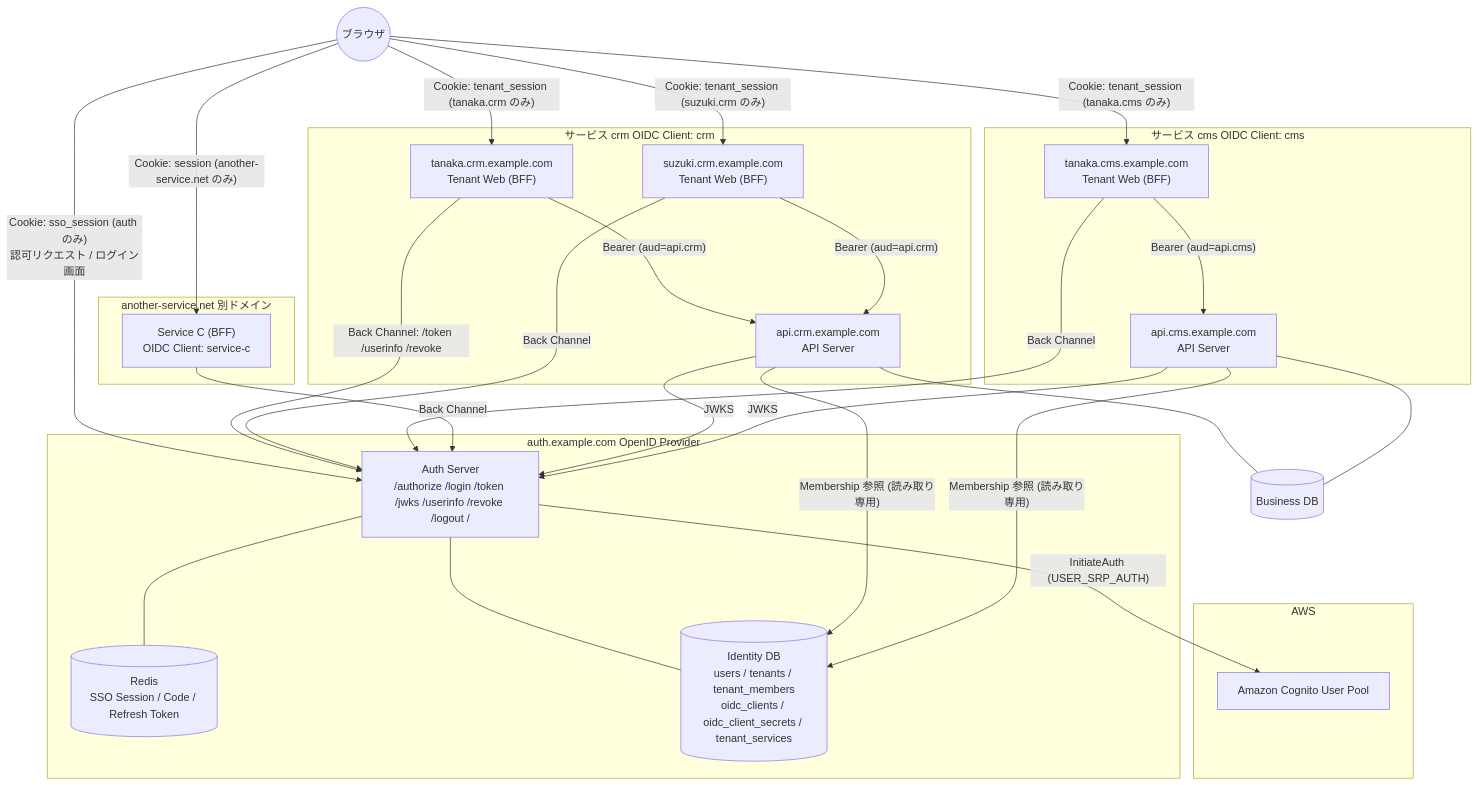
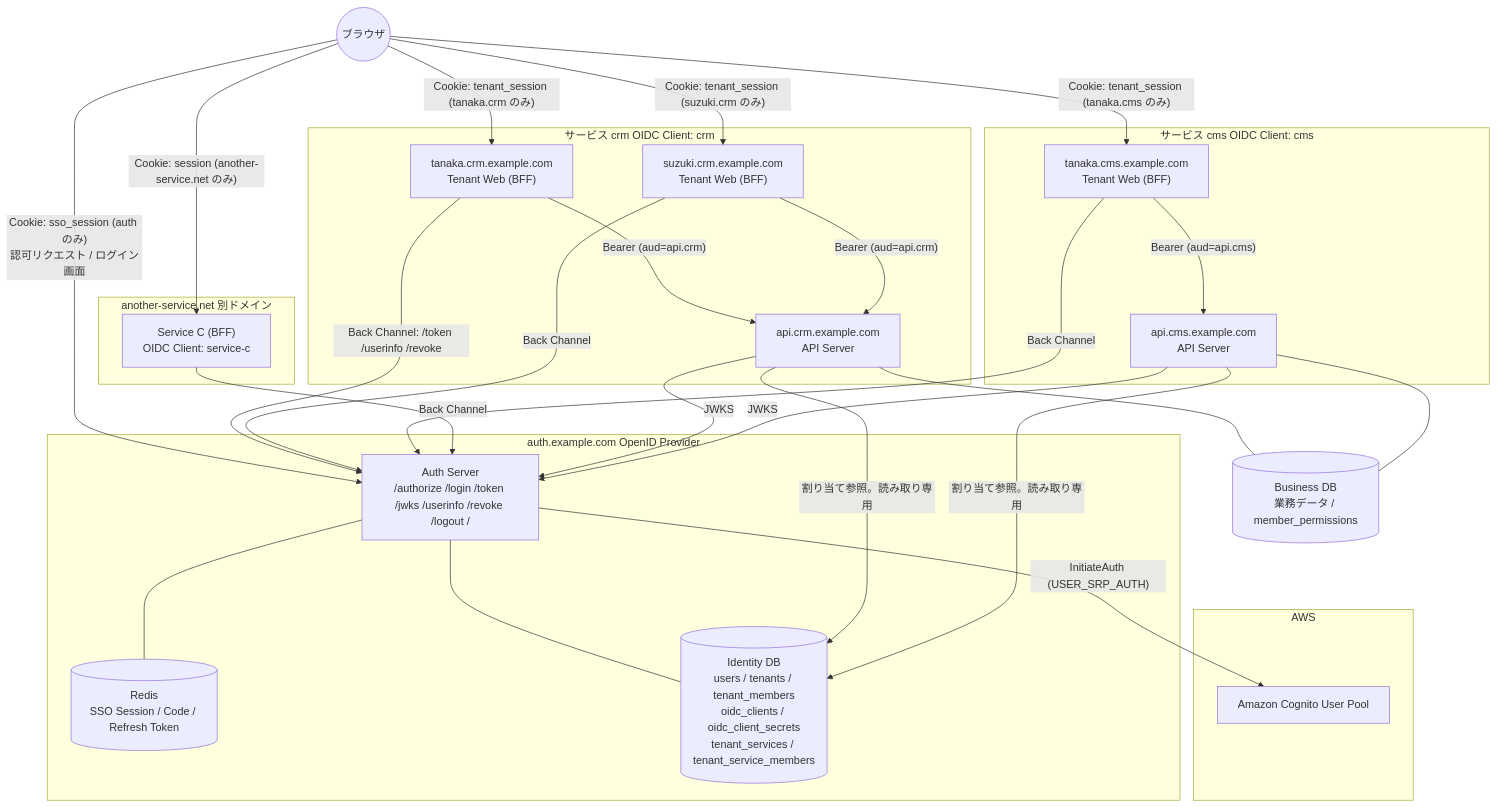
The first of 10 diagrams in docs/integration-guide.md (daisuke-tanabe/multi-domain-sandbox), drawn with Mermaid before and after one commit. The commit also changed other lines of this file and 48 other files, not shown here.

````diff
--- a/docs/integration-guide.md
+++ b/docs/integration-guide.md
@@ -72,50 +75,50 @@
 ```mermaid
 flowchart TB
     User((ブラウザ))
 
     subgraph AWS
         Cognito["Amazon Cognito User Pool"]
     end
 
     subgraph AuthLayer ["auth.example.com  OpenID Provider"]
         Auth["Auth Server<br/>/authorize /login /token /jwks /userinfo /revoke /logout /"]
         SsoStore[("Redis<br/>SSO Session / Code / Refresh Token")]
-        IdDB[("Identity DB<br/>users / tenants / tenant_members<br/>oidc_clients / oidc_client_secrets / tenant_services")]
+        IdDB[("Identity DB<br/>users / tenants / tenant_members<br/>oidc_clients / oidc_client_secrets<br/>tenant_services / tenant_service_members")]
         Auth --- SsoStore
         Auth --- IdDB
     end
 
     subgraph CRM ["サービス crm  OIDC Client: crm"]
         WebCrmA["tanaka.crm.example.com<br/>Tenant Web (BFF)"]
         WebCrmB["suzuki.crm.example.com<br/>Tenant Web (BFF)"]
         ApiCrm["api.crm.example.com<br/>API Server"]
     end
     subgraph CMS ["サービス cms  OIDC Client: cms"]
         WebCmsA["tanaka.cms.example.com<br/>Tenant Web (BFF)"]
         ApiCms["api.cms.example.com<br/>API Server"]
     end
     subgraph Other ["another-service.net  別ドメイン"]
         WebC["Service C (BFF)<br/>OIDC Client: service-c"]
     end
-    BizDB[("Business DB")]
+    BizDB[("Business DB<br/>業務データ / member_permissions")]
 
     User -- "Cookie: tenant_session (tanaka.crm のみ)" --> WebCrmA
     User -- "Cookie: tenant_session (suzuki.crm のみ)" --> WebCrmB
     User -- "Cookie: tenant_session (tanaka.cms のみ)" --> WebCmsA
     User -- "Cookie: session (another-service.net のみ)" --> WebC
     User -- "Cookie: sso_session (auth のみ)<br/>認可リクエスト / ログイン画面" --> Auth
     Auth -- "InitiateAuth (USER_SRP_AUTH)" --> Cognito
     WebCrmA -- "Back Channel: /token /userinfo /revoke" --> Auth
     WebCrmB -- "Back Channel" --> Auth
     WebCmsA -- "Back Channel" --> Auth
     WebC -- "Back Channel" --> Auth
     WebCrmA -- "Bearer (aud=api.crm)" --> ApiCrm
     WebCrmB -- "Bearer (aud=api.crm)" --> ApiCrm
     WebCmsA -- "Bearer (aud=api.cms)" --> ApiCms
     ApiCrm --- BizDB
     ApiCms --- BizDB
-    ApiCrm -- "Membership 参照 (読み取り専用)" --> IdDB
-    ApiCms -- "Membership 参照 (読み取り専用)" --> IdDB
+    ApiCrm -- "割り当て参照。読み取り専用" --> IdDB
+    ApiCms -- "割り当て参照。読み取り専用" --> IdDB
     ApiCrm -- "JWKS" --> Auth
     ApiCms -- "JWKS" --> Auth
 ```
````
